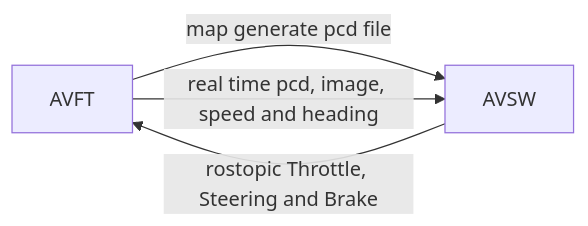
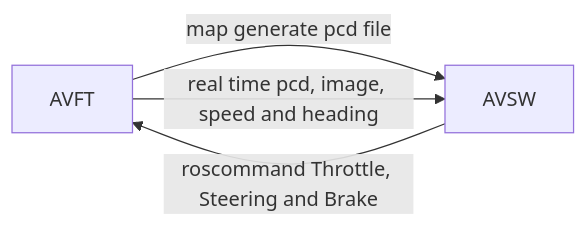
The diagram in README.md (xuehuan-yang/AVFT), drawn with Mermaid before and after one commit. The commit also changed other lines of this file, not shown here.

````diff
--- a/README.md
+++ b/README.md
@@ -3,6 +3,6 @@
 ```mermaid
 graph LR;
 AVFT-->|map generate pcd file|AVSW
 AVFT-->|real time pcd, image, speed and heading|AVSW
-AVSW-->|rostopic Throttle, Steering and Brake|AVFT        
+AVSW-->|roscommand Throttle, Steering and Brake|AVFT        
 ```
````
